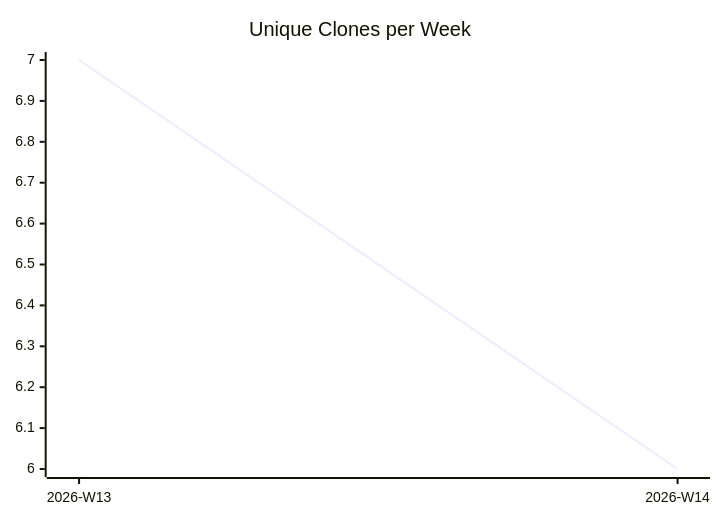
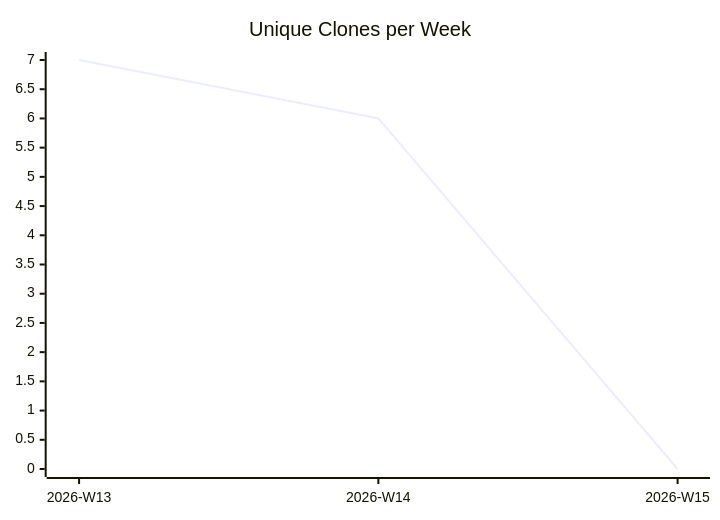
Before and after one commit to justdavis-family/github-analytics-data: the third of 3 diagrams in karlmdavis/lego-ev3dev-rs/README.md, drawn with Mermaid. The commit also changed other lines of this file and 190 other files, not shown here.

````diff
--- a/karlmdavis/lego-ev3dev-rs/README.md
+++ b/karlmdavis/lego-ev3dev-rs/README.md
@@ -19,6 +19,6 @@
 ```mermaid
 xychart-beta
   title "Unique Clones per Week"
-  x-axis ["2026-W13", "2026-W14"]
-  line [7, 6]
+  x-axis ["2026-W13", "2026-W14", "2026-W15"]
+  line [7, 6, 0]
 ```
````
